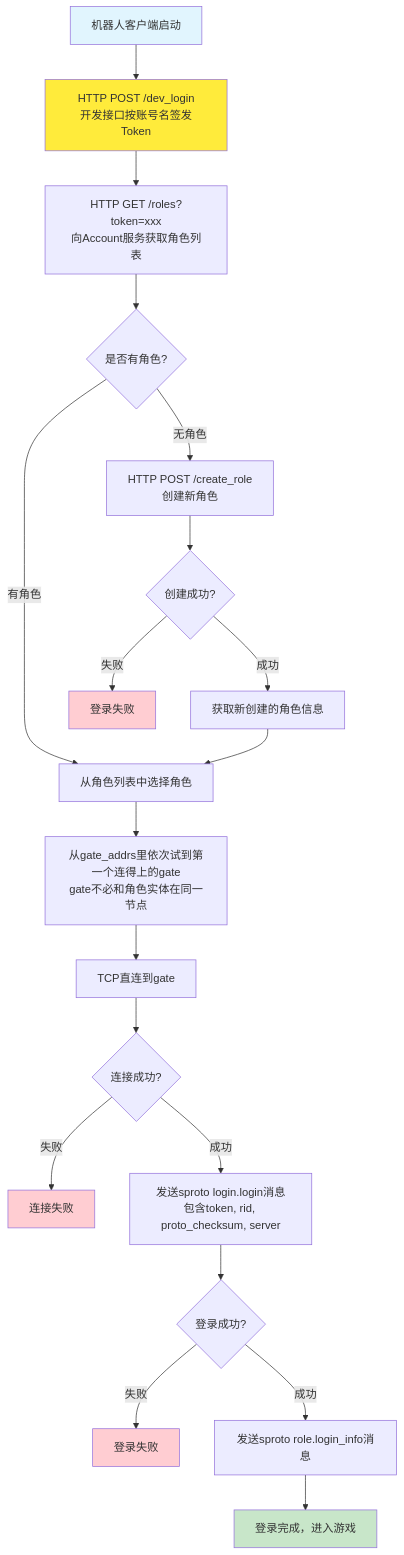
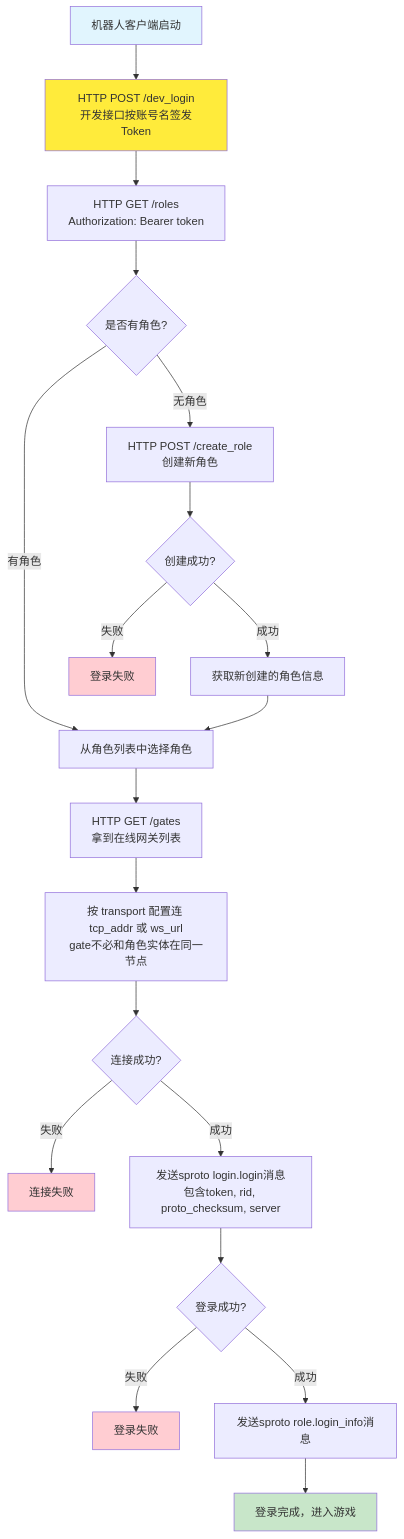
The third of 8 diagrams in docs/guide/login_diagram.md (hanxi/skyext), drawn with Mermaid before and after one commit. The commit also changed other lines of this file and 10 other files, not shown here.

````diff
--- a/docs/guide/login_diagram.md
+++ b/docs/guide/login_diagram.md
@@ -64,35 +96,35 @@
 ```mermaid
 flowchart TD
     A1[机器人客户端启动] --> B1[HTTP POST /dev_login<br/>开发接口按账号名签发Token]
-    B1 --> C1[HTTP GET /roles?token=xxx<br/>向Account服务获取角色列表]
+    B1 --> C1["HTTP GET /roles<br/>Authorization: Bearer token"]
 
     C1 --> D1{是否有角色?}
 
     D1 -->|有角色| E1[从角色列表中选择角色]
     D1 -->|无角色| F1[HTTP POST /create_role<br/>创建新角色]
 
     F1 --> G1{创建成功?}
     G1 -->|成功| H1[获取新创建的角色信息]
     G1 -->|失败| I1[登录失败]
 
     H1 --> E1
-    E1 --> J1[从gate_addrs里依次试到第一个连得上的gate<br/>gate不必和角色实体在同一节点]
-    J1 --> L1[TCP直连到gate]
+    E1 --> J1["HTTP GET /gates<br/>拿到在线网关列表"]
+    J1 --> L1["按 transport 配置连 tcp_addr 或 ws_url<br/>gate不必和角色实体在同一节点"]
 
     L1 --> M1{连接成功?}
     M1 -->|失败| N1[连接失败]
     M1 -->|成功| O1[发送sproto login.login消息<br/>包含token, rid, proto_checksum, server]
 
     O1 --> P1{登录成功?}
     P1 -->|失败| Q1[登录失败]
     P1 -->|成功| R1[发送sproto role.login_info消息]
 
     R1 --> S1[登录完成，进入游戏]
 
     style A1 fill:#e1f5fe
     style S1 fill:#c8e6c9
     style I1 fill:#ffcdd2
     style N1 fill:#ffcdd2
     style Q1 fill:#ffcdd2
     style B1 fill:#ffeb3b
 ```
````
